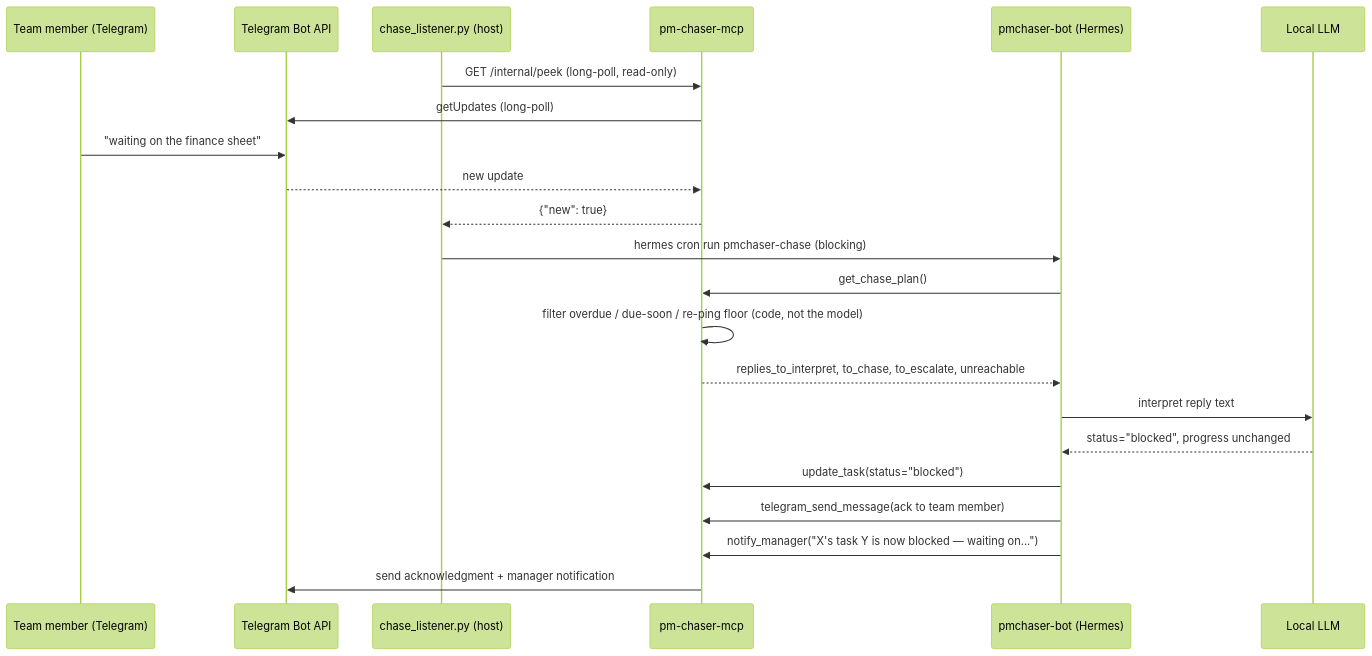
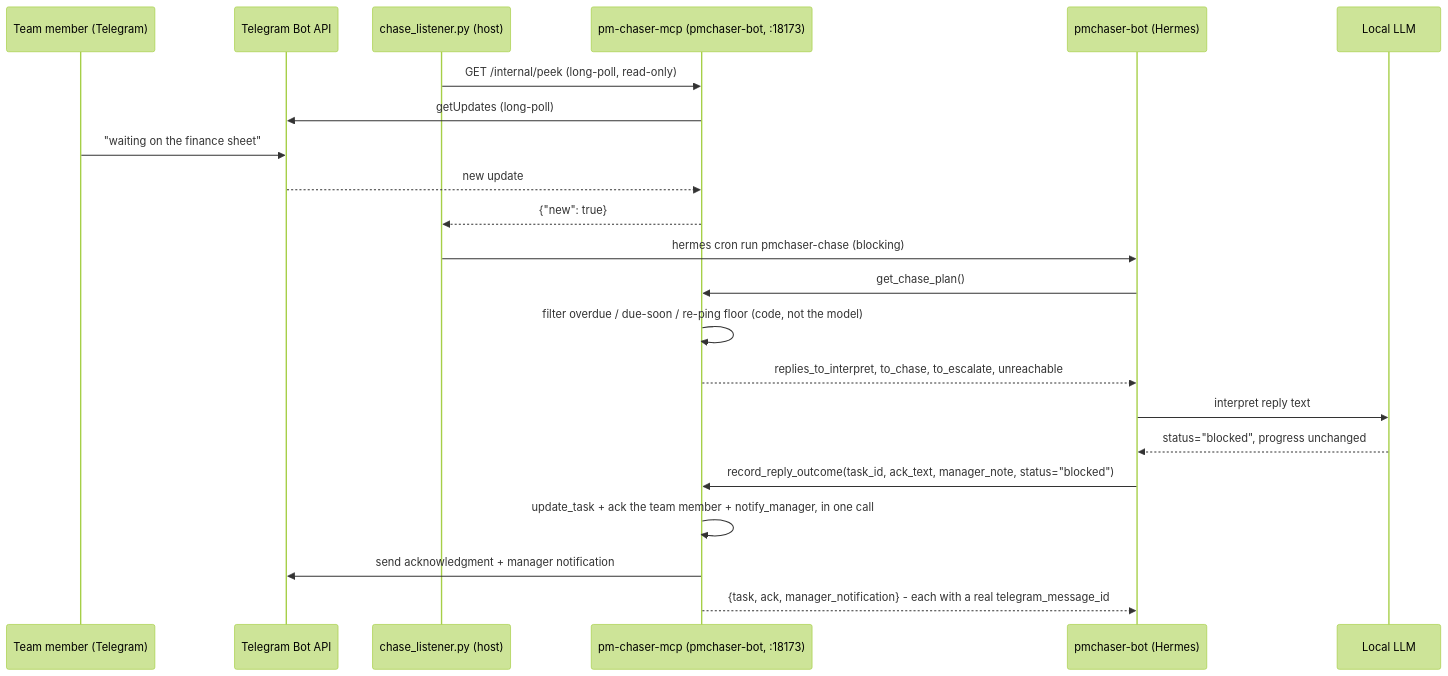
The second of 3 diagrams in docs/ARCHITECTURE.md (harryruibinyeo/PM_Assistant), drawn with Mermaid (forest theme) before and after one commit. The commit also changed other lines of this file and 3 other files, not shown here.

````diff
--- a/docs/ARCHITECTURE.md
+++ b/docs/ARCHITECTURE.md
@@ -55,25 +71,25 @@
 ```mermaid
 sequenceDiagram
     participant Emp as Team member (Telegram)
     participant TG as Telegram Bot API
     participant Listener as chase_listener.py (host)
-    participant MCP as pm-chaser-mcp
+    participant MCP as pm-chaser-mcp (pmchaser-bot, :18173)
     participant PCB as pmchaser-bot (Hermes)
     participant LLM as Local LLM
 
     Listener->>MCP: GET /internal/peek (long-poll, read-only)
     MCP->>TG: getUpdates (long-poll)
     Emp->>TG: "waiting on the finance sheet"
     TG-->>MCP: new update
     MCP-->>Listener: {"new": true}
     Listener->>PCB: hermes cron run pmchaser-chase (blocking)
     PCB->>MCP: get_chase_plan()
     MCP->>MCP: filter overdue / due-soon / re-ping floor (code, not the model)
     MCP-->>PCB: replies_to_interpret, to_chase, to_escalate, unreachable
     PCB->>LLM: interpret reply text
     LLM-->>PCB: status="blocked", progress unchanged
-    PCB->>MCP: update_task(status="blocked")
-    PCB->>MCP: telegram_send_message(ack to team member)
-    PCB->>MCP: notify_manager("X's task Y is now blocked — waiting on...")
+    PCB->>MCP: record_reply_outcome(task_id, ack_text, manager_note, status="blocked")
+    MCP->>MCP: update_task + ack the team member + notify_manager, in one call
     MCP->>TG: send acknowledgment + manager notification
+    MCP-->>PCB: {task, ack, manager_notification} - each with a real telegram_message_id
 ```
````
